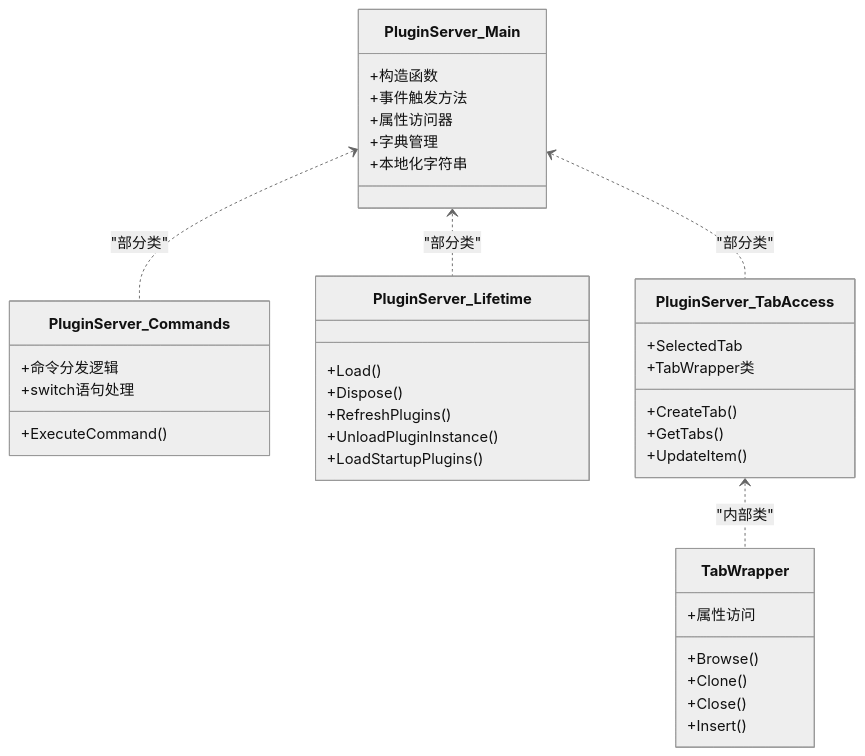
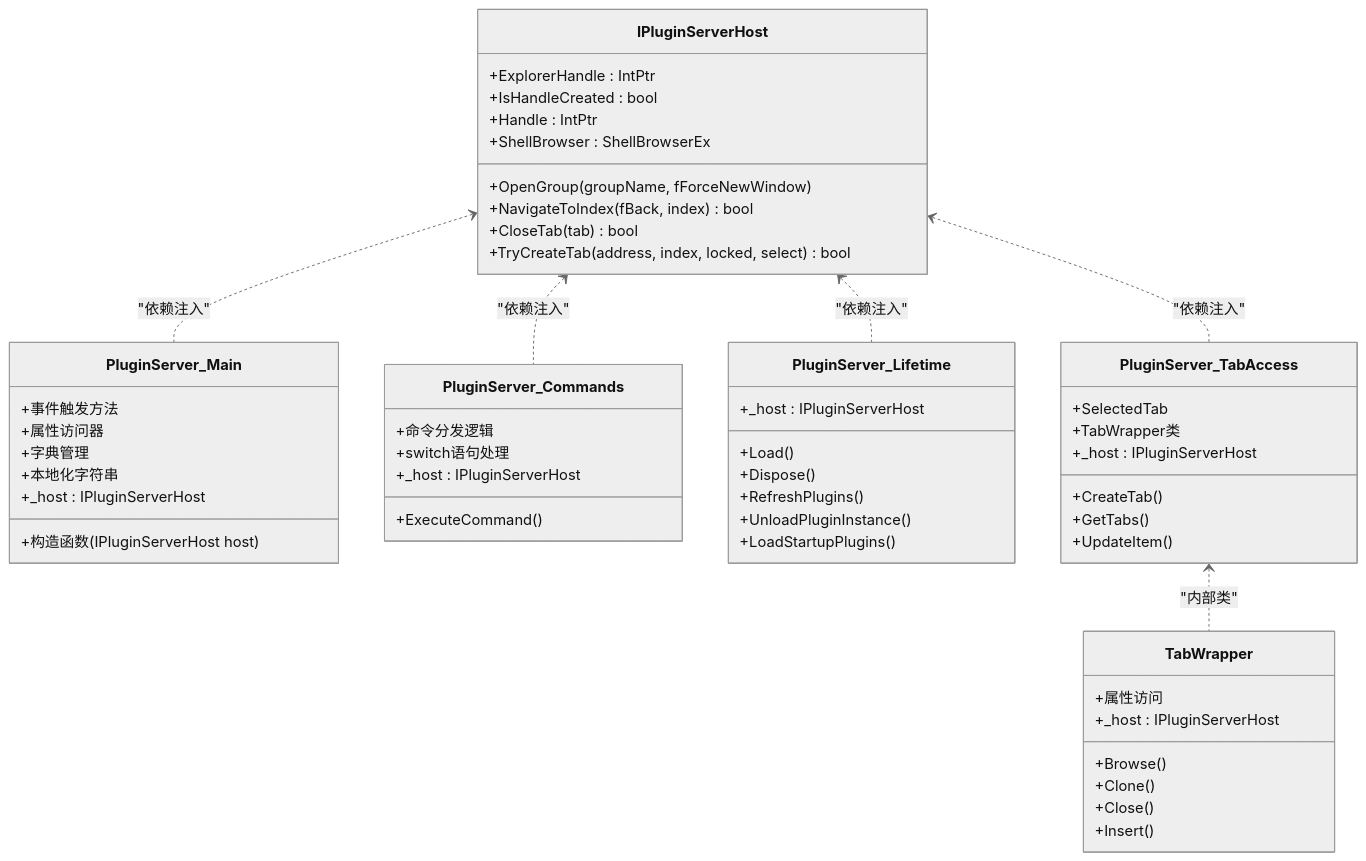
One commit to rainiva/QTTabBar-Next changed the sixth of 8 diagrams in .qoder/repowiki/zh/content/架构设计/插件架构设计.md. Above: the diagram before and after it, drawn with Mermaid (neutral theme). The commit also changed other lines of this file and 415 other files, not shown here.

````diff
--- a/.qoder/repowiki/zh/content/架构设计/插件架构设计.md
+++ b/.qoder/repowiki/zh/content/架构设计/插件架构设计.md
@@ -391,40 +427,56 @@
 ```mermaid
 classDiagram
+class IPluginServerHost {
++ExplorerHandle : IntPtr
++IsHandleCreated : bool
++Handle : IntPtr
++ShellBrowser : ShellBrowserEx
++OpenGroup(groupName, fForceNewWindow)
++NavigateToIndex(fBack, index) bool
++CloseTab(tab) bool
++TryCreateTab(address, index, locked, select) bool
+}
 class PluginServer_Main {
-+构造函数
++构造函数(IPluginServerHost host)
 +事件触发方法
 +属性访问器
 +字典管理
 +本地化字符串
++_host : IPluginServerHost
 }
 class PluginServer_Commands {
 +ExecuteCommand()
 +命令分发逻辑
 +switch语句处理
++_host : IPluginServerHost
 }
 class PluginServer_Lifetime {
 +Load()
 +Dispose()
 +RefreshPlugins()
 +UnloadPluginInstance()
 +LoadStartupPlugins()
++_host : IPluginServerHost
 }
 class PluginServer_TabAccess {
 +CreateTab()
 +GetTabs()
 +SelectedTab
 +UpdateItem()
 +TabWrapper类
++_host : IPluginServerHost
 }
 class TabWrapper {
 +Browse()
 +Clone()
 +Close()
 +Insert()
 +属性访问
++_host : IPluginServerHost
 }
-PluginServer_Main <.. PluginServer_Commands : "部分类"
-PluginServer_Main <.. PluginServer_Lifetime : "部分类"
-PluginServer_Main <.. PluginServer_TabAccess : "部分类"
+IPluginServerHost <.. PluginServer_Main : "依赖注入"
+IPluginServerHost <.. PluginServer_Commands : "依赖注入"
+IPluginServerHost <.. PluginServer_Lifetime : "依赖注入"
+IPluginServerHost <.. PluginServer_TabAccess : "依赖注入"
 PluginServer_TabAccess <.. TabWrapper : "内部类"
 ```
````
